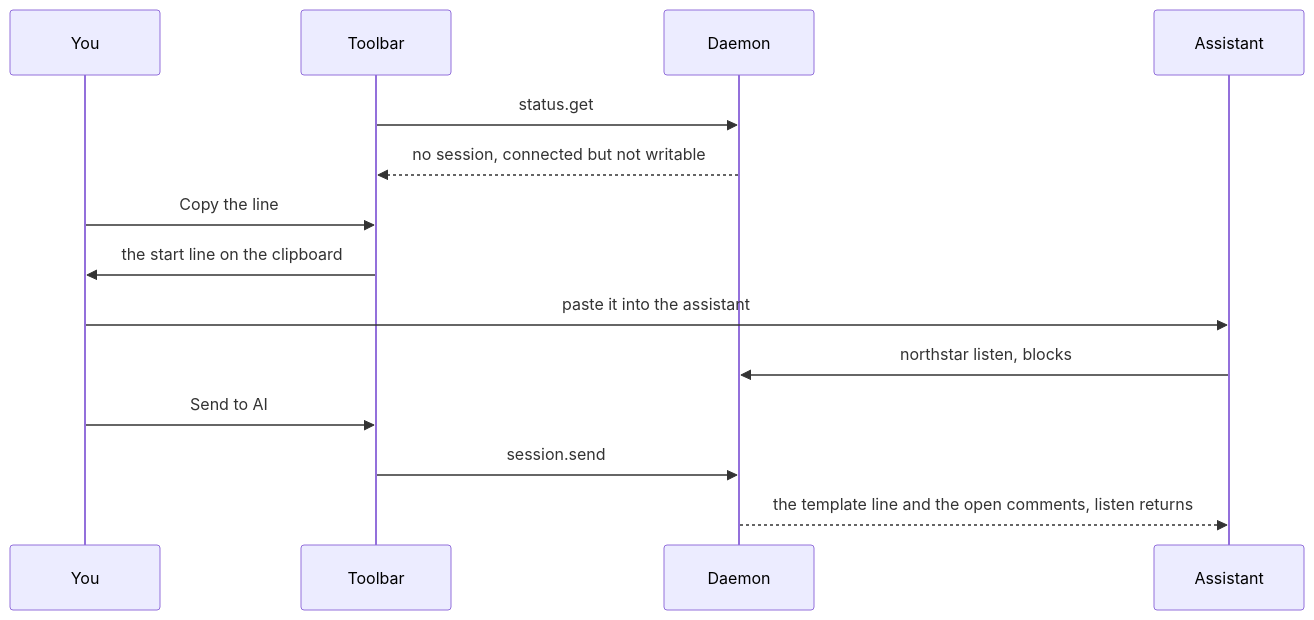
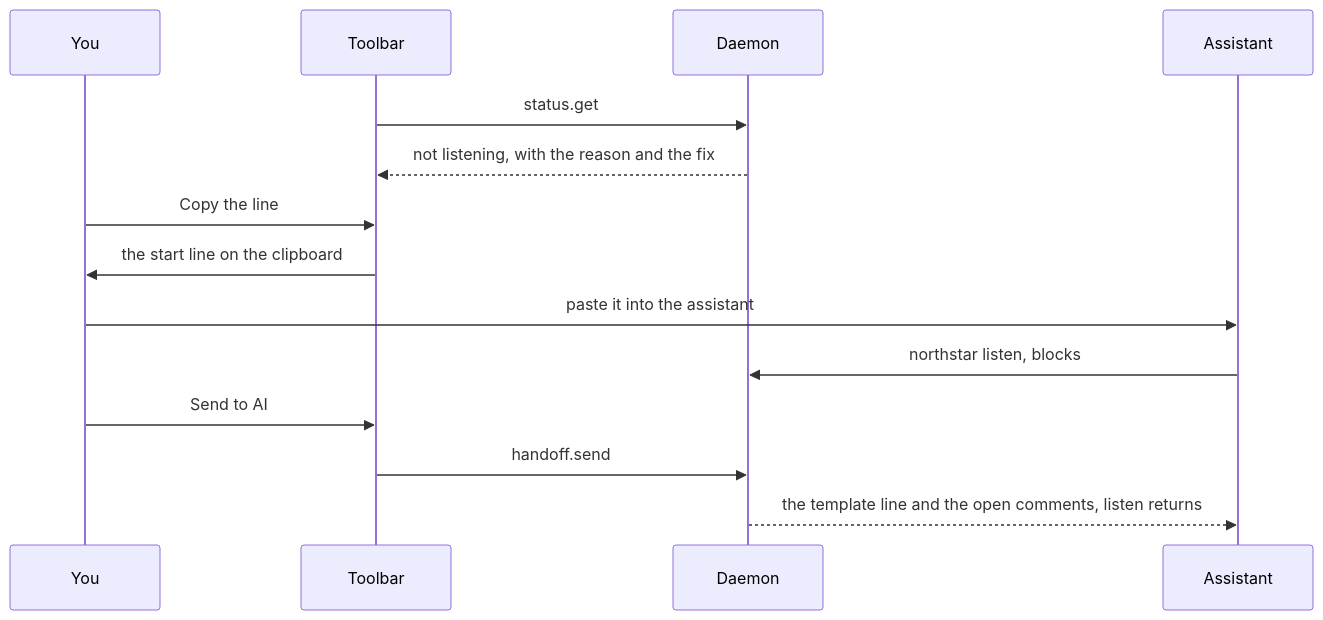
Before and after one commit to pallandir/northstar: the fourth of 4 diagrams in docs/flows.md, drawn with Mermaid. The commit also changed other lines of this file and 31 other files, not shown here.

````diff
--- a/docs/flows.md
+++ b/docs/flows.md
@@ -123,17 +114,17 @@
 ```mermaid
 sequenceDiagram
     participant U as You
     participant T as Toolbar
     participant D as Daemon
     participant A as Assistant
 
     T->>D: status.get
-    D-->>T: no session, connected but not writable
+    D-->>T: not listening, with the reason and the fix
     U->>T: Copy the line
     T->>U: the start line on the clipboard
     U->>A: paste it into the assistant
     A->>D: northstar listen, blocks
     U->>T: Send to AI
-    T->>D: session.send
+    T->>D: handoff.send
     D-->>A: the template line and the open comments, listen returns
 ```
````
